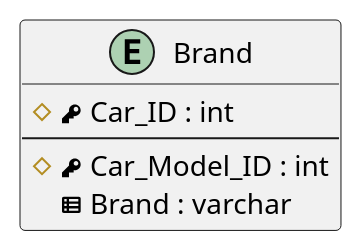
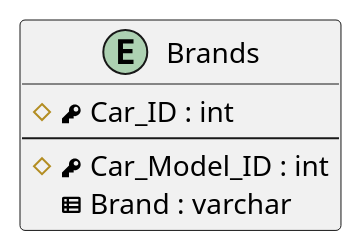
Before and after one commit to DmitryVasilkovW/ITMO-Database-design-labs-4-sem: the diagram in Labs/Lab1/Tables/Entities/Brand.puml, drawn with PlantUML. The commit also changed 13 other files, not shown here.

```diff
--- a/Labs/Lab1/Tables/Entities/Brand.puml
+++ b/Labs/Lab1/Tables/Entities/Brand.puml
@@ -1,9 +1,9 @@
 @startuml
-entity "Brand" as brand
+entity "Brands" as brand
 {
   # <&key> Car_ID : int
   --
   # <&key> Car_Model_ID : int
   <&spreadsheet> Brand : varchar
 }
 @enduml
```
